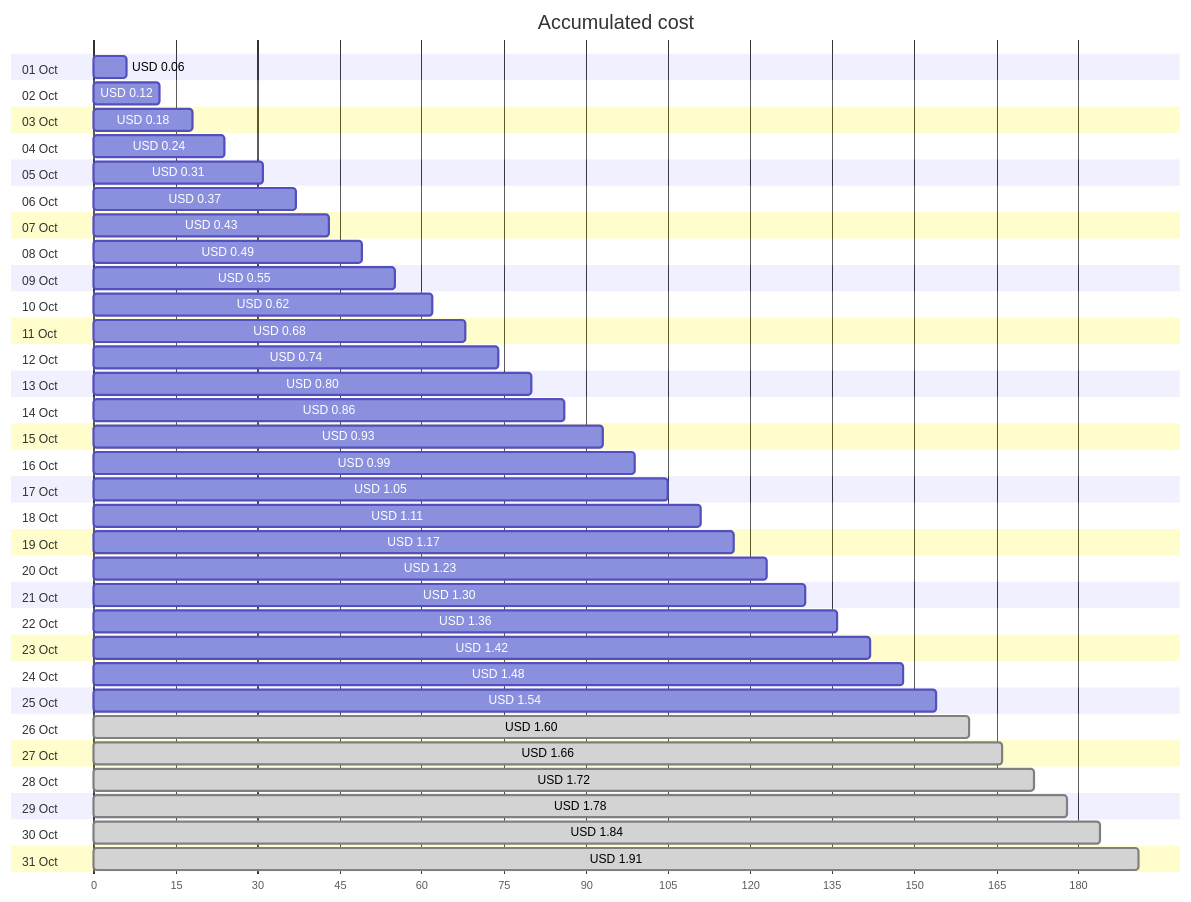
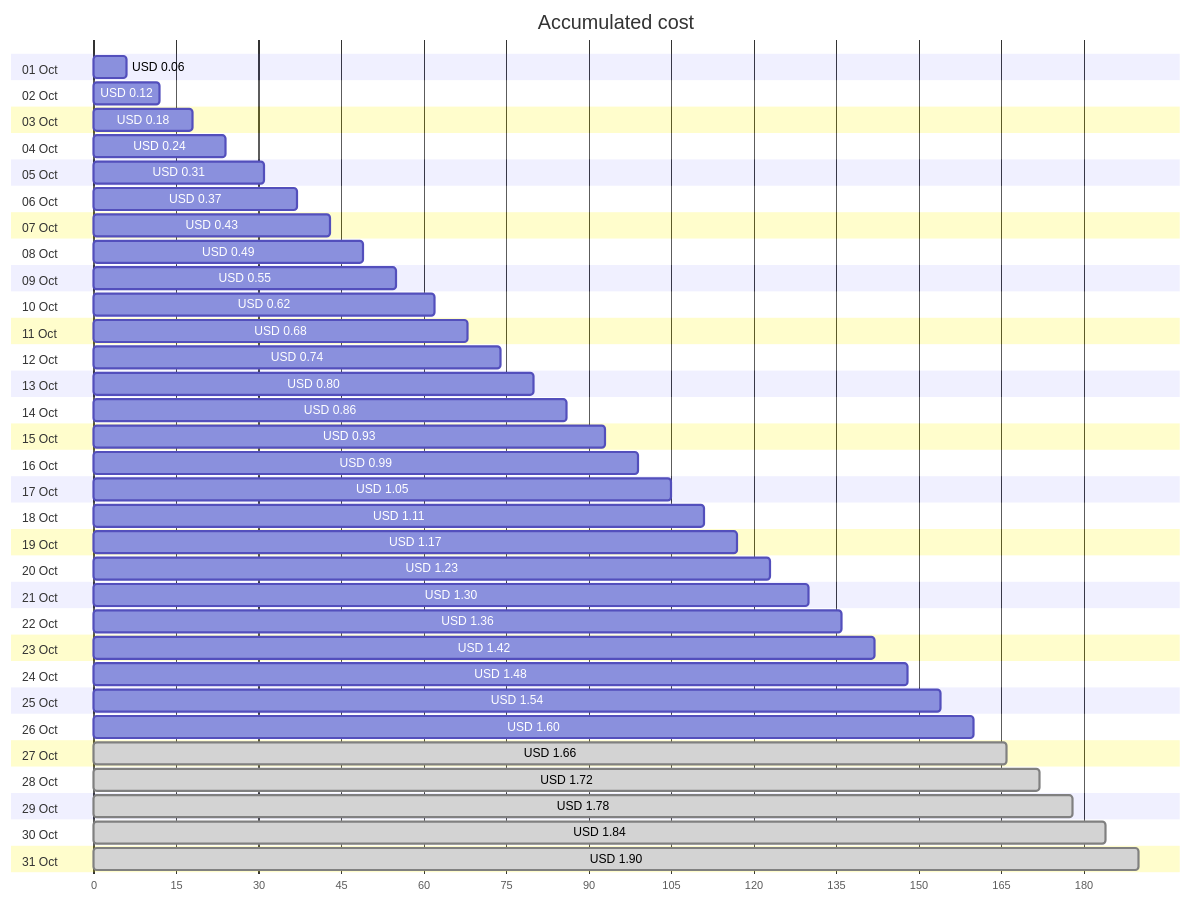
The first of 4 diagrams in cost-reports/personal-network/backup-server_OsDisk.md (jpfulton/azure-personal-reports), drawn with Mermaid before and after one commit. The commit also changed other lines of this file and 7 other files, not shown here.

````diff
--- a/cost-reports/personal-network/backup-server_OsDisk.md
+++ b/cost-reports/personal-network/backup-server_OsDisk.md
@@ -20,68 +20,68 @@
 ```mermaid
 gantt
    title Accumulated cost
    dateFormat  X
    axisFormat %s
    section 01 Oct
    USD 0.06 :0, 6
    section 02 Oct
    USD 0.12 :0, 12
    section 03 Oct
    USD 0.18 :0, 18
    section 04 Oct
    USD 0.24 :0, 24
    section 05 Oct
    USD 0.31 :0, 31
    section 06 Oct
    USD 0.37 :0, 37
    section 07 Oct
    USD 0.43 :0, 43
    section 08 Oct
    USD 0.49 :0, 49
    section 09 Oct
    USD 0.55 :0, 55
    section 10 Oct
    USD 0.62 :0, 62
    section 11 Oct
    USD 0.68 :0, 68
    section 12 Oct
    USD 0.74 :0, 74
    section 13 Oct
    USD 0.80 :0, 80
    section 14 Oct
    USD 0.86 :0, 86
    section 15 Oct
    USD 0.93 :0, 93
    section 16 Oct
    USD 0.99 :0, 99
    section 17 Oct
    USD 1.05 :0, 105
    section 18 Oct
    USD 1.11 :0, 111
    section 19 Oct
    USD 1.17 :0, 117
    section 20 Oct
    USD 1.23 :0, 123
    section 21 Oct
    USD 1.30 :0, 130
    section 22 Oct
    USD 1.36 :0, 136
    section 23 Oct
    USD 1.42 :0, 142
    section 24 Oct
    USD 1.48 :0, 148
    section 25 Oct
    USD 1.54 :0, 154
    section 26 Oct
-   USD 1.60 : done, 0, 160
+   USD 1.60 :0, 160
    section 27 Oct
    USD 1.66 : done, 0, 166
    section 28 Oct
    USD 1.72 : done, 0, 172
    section 29 Oct
    USD 1.78 : done, 0, 178
    section 30 Oct
    USD 1.84 : done, 0, 184
    section 31 Oct
-   USD 1.91 : done, 0, 191
+   USD 1.90 : done, 0, 190
 ```
````
